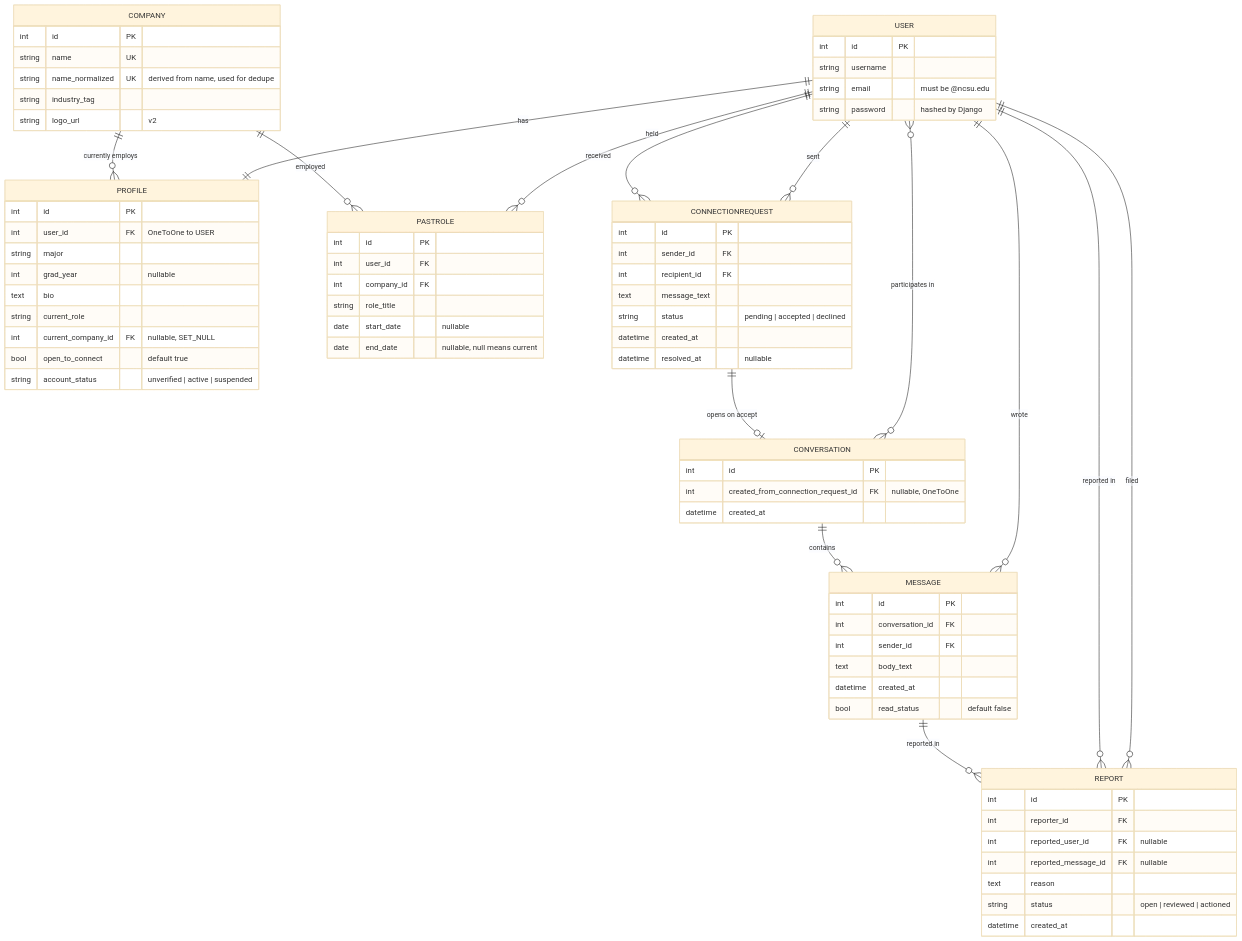
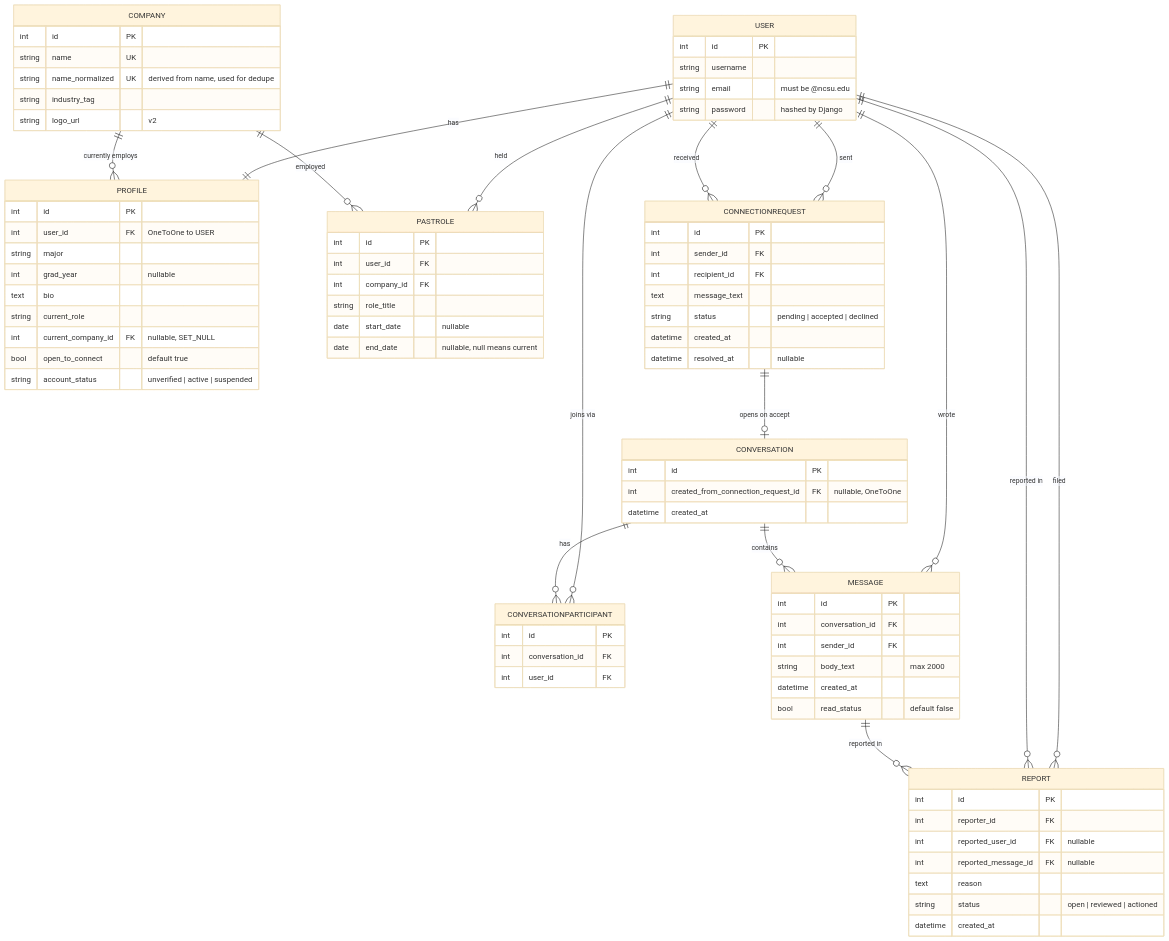
One commit to SameekshaKeshav/ACM-Pack_referrals changed the diagram in docs/erd.md. Above: the diagram before and after it, drawn with Mermaid (base theme). The commit also changed other lines of this file and 6 other files, not shown here.

```diff
--- a/docs/erd.md
+++ b/docs/erd.md
@@ -16,7 +16,8 @@
     USER ||--o{ PASTROLE : "held"
     USER ||--o{ CONNECTIONREQUEST : "sent"
     USER ||--o{ CONNECTIONREQUEST : "received"
-    USER }o--o{ CONVERSATION : "participates in"
+    USER ||--o{ CONVERSATIONPARTICIPANT : "joins via"
+    CONVERSATION ||--o{ CONVERSATIONPARTICIPANT : "has"
     USER ||--o{ MESSAGE : "wrote"
     USER ||--o{ REPORT : "filed"
     USER ||--o{ REPORT : "reported in"
@@ -80,11 +81,17 @@
         datetime created_at
     }
 
+    CONVERSATIONPARTICIPANT {
+        int id PK
+        int conversation_id FK
+        int user_id FK
+    }
+
     MESSAGE {
         int id PK
         int conversation_id FK
         int sender_id FK
-        text body_text
+        string body_text "max 2000"
         datetime created_at
         bool read_status "default false"
     }
```
